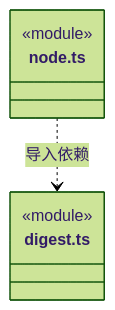
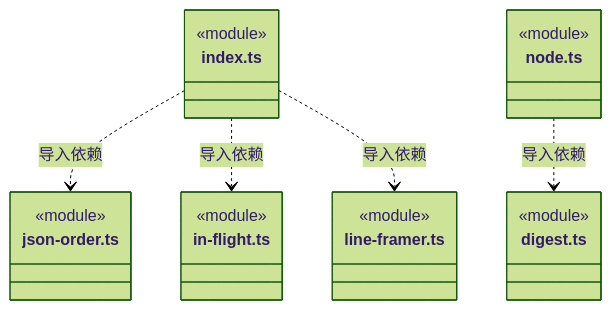
One commit to nan023062/cbim changed diagram 15 of 15 in src/foundations/utility/ARCHITECTURE.md. Above: the diagram before and after it, drawn with Mermaid (forest theme). The commit also changed other lines of this file and 73 other files, not shown here.

Commit message:
refactor: extract JSON ordering, in-flight tracking and line framing

````diff
--- a/src/foundations/utility/ARCHITECTURE.md
+++ b/src/foundations/utility/ARCHITECTURE.md
@@ -159,10 +225,25 @@
 ```mermaid
 classDiagram
+class N_src_foundations_utility_index_ts["index.ts"] {
+  <<module>>
+}
+class N_src_foundations_utility_json_order_ts["json-order.ts"] {
+  <<module>>
+}
+class N_src_foundations_utility_in_flight_ts["in-flight.ts"] {
+  <<module>>
+}
+class N_src_foundations_utility_line_framer_ts["line-framer.ts"] {
+  <<module>>
+}
 class N_src_foundations_utility_node_ts["node.ts"] {
   <<module>>
 }
 class N_src_foundations_utility_digest_ts["digest.ts"] {
   <<module>>
 }
+N_src_foundations_utility_index_ts ..> N_src_foundations_utility_json_order_ts : 导入依赖
+N_src_foundations_utility_index_ts ..> N_src_foundations_utility_in_flight_ts : 导入依赖
+N_src_foundations_utility_index_ts ..> N_src_foundations_utility_line_framer_ts : 导入依赖
 N_src_foundations_utility_node_ts ..> N_src_foundations_utility_digest_ts : 导入依赖
 ```
````
